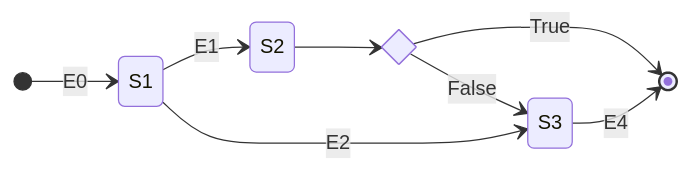
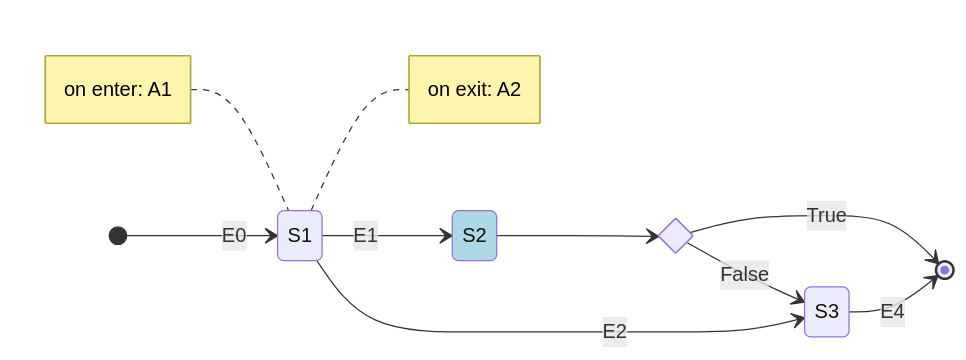
Before and after one commit to enmala-modyo/state-machine-test: the diagram in README.md, drawn with Mermaid. The commit also changed other lines of this file and 17 other files, not shown here.

````diff
--- a/README.md
+++ b/README.md
@@ -23,15 +23,24 @@
 ```mermaid
 ---
 Máquina de Estados
 ---
 stateDiagram-v2
   direction LR
+  classDef pseudo fill:lightblue
   state if_state <<choice>>
+  S1
+  note left of S1
+    on enter: A1
+  end note
+  note right of S1
+    on exit: A2
+  end note
     [*] --> S1 : E0
     S1 --> S2 : E1
     S1 --> S3 : E2
     S2 --> if_state
     if_state --> [*] : True
     if_state --> S3 : False
     S3 --> [*] : E4
+    class S2 pseudo
 ```
````
